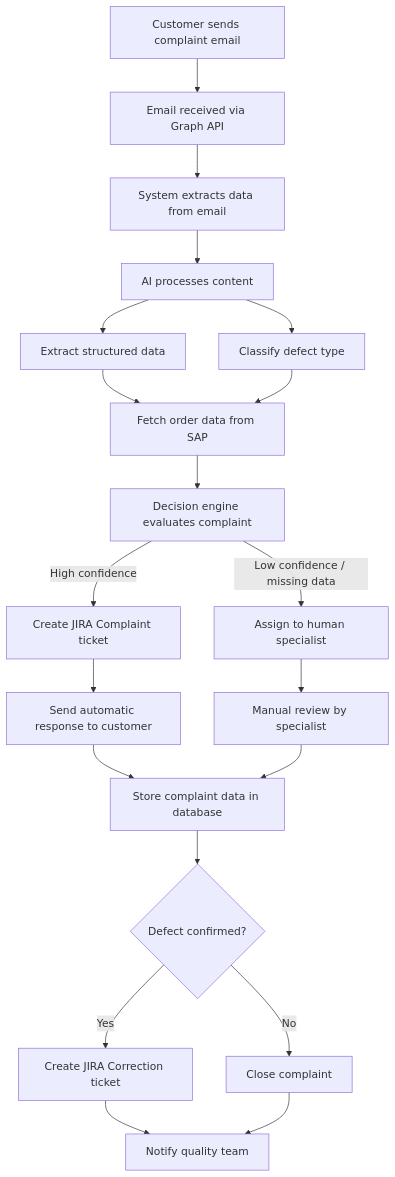
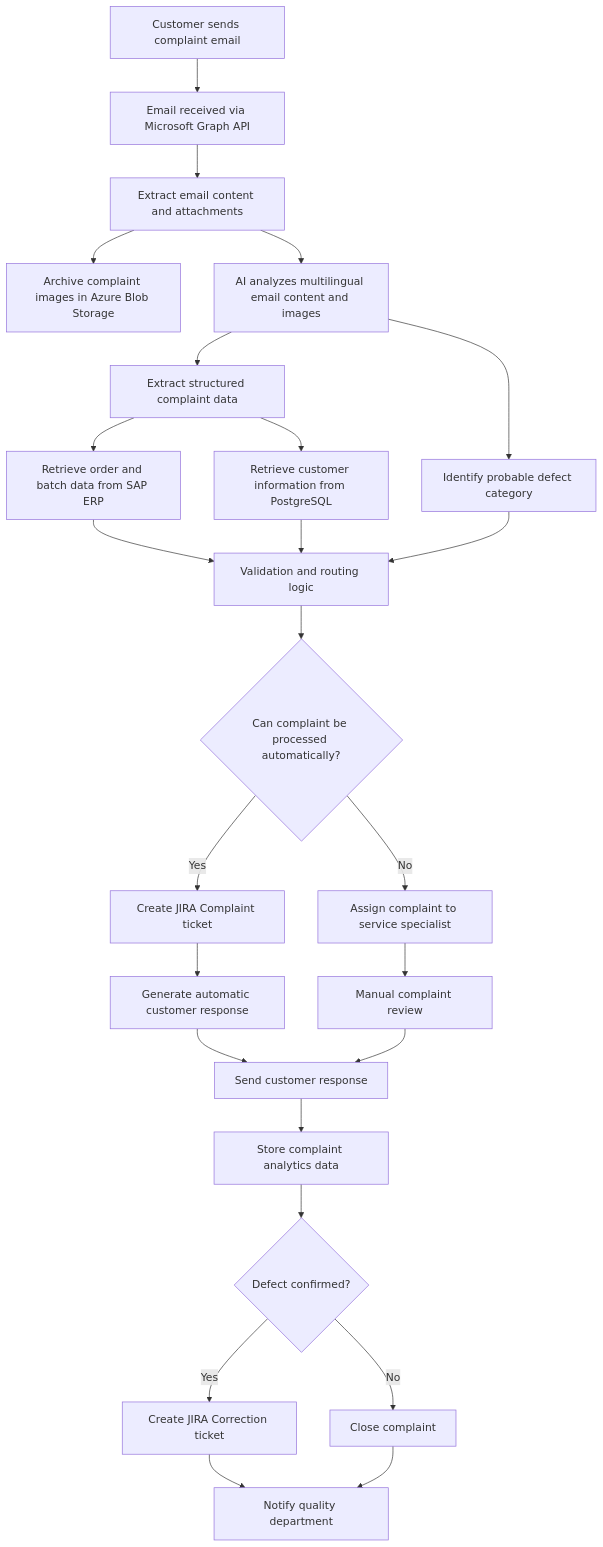
The diagram in docs/02_to_be_event_storming.md (paulinap92/metalpol-complaint-ai-automation), drawn with Mermaid before and after one commit. The commit also changed other lines of this file and 9 other files, not shown here.

Commit message:
Improve AI and SAP validation logic description

````diff
--- a/docs/02_to_be_event_storming.md
+++ b/docs/02_to_be_event_storming.md
@@ -21,34 +29,42 @@
 ```mermaid
 flowchart TD
 
-    A[Customer sends complaint email] --> B[Email received via Graph API]
+    A[Customer sends complaint email] --> B[Email received via Microsoft Graph API]
 
-    B --> C[System extracts data from email]
-    C --> D[AI processes content]
+    B --> C[Extract email content and attachments]
 
-    D --> E[Extract structured data]
-    D --> F[Classify defect type]
+    C --> D[Archive complaint images in Azure Blob Storage]
 
-    E --> G[Fetch order data from SAP]
-    F --> G
+    C --> E[AI analyzes multilingual email content and images]
 
-    G --> H[Decision engine evaluates complaint]
+    E --> F[Extract structured complaint data]
+    E --> G[Identify probable defect category]
 
-    H -->|High confidence| I[Create JIRA Complaint ticket]
-    H -->|Low confidence / missing data| J[Assign to human specialist]
+    F --> H[Retrieve order and batch data from SAP ERP]
+    F --> I[Retrieve customer information from PostgreSQL]
 
-    I --> K[Send automatic response to customer]
-    J --> L[Manual review by specialist]
+    H --> J[Validation and routing logic]
+    I --> J
+    G --> J
 
-    K --> M[Store complaint data in database]
-    L --> M
+    J --> K{Can complaint be processed automatically?}
 
-    M --> N{Defect confirmed?}
+    K -->|Yes| L[Create JIRA Complaint ticket]
+    K -->|No| M[Assign complaint to service specialist]
 
-    N -->|Yes| O[Create JIRA Correction ticket]
-    N -->|No| P[Close complaint]
+    L --> N[Generate automatic customer response]
+    M --> O[Manual complaint review]
 
-    O --> Q[Notify quality team]
-    P --> Q
+    N --> P[Send customer response]
+    O --> P
 
+    P --> Q[Store complaint analytics data]
+
+    Q --> R{Defect confirmed?}
+
+    R -->|Yes| S[Create JIRA Correction ticket]
+    R -->|No| T[Close complaint]
+
+    S --> U[Notify quality department]
+    T --> U
 ```
````
